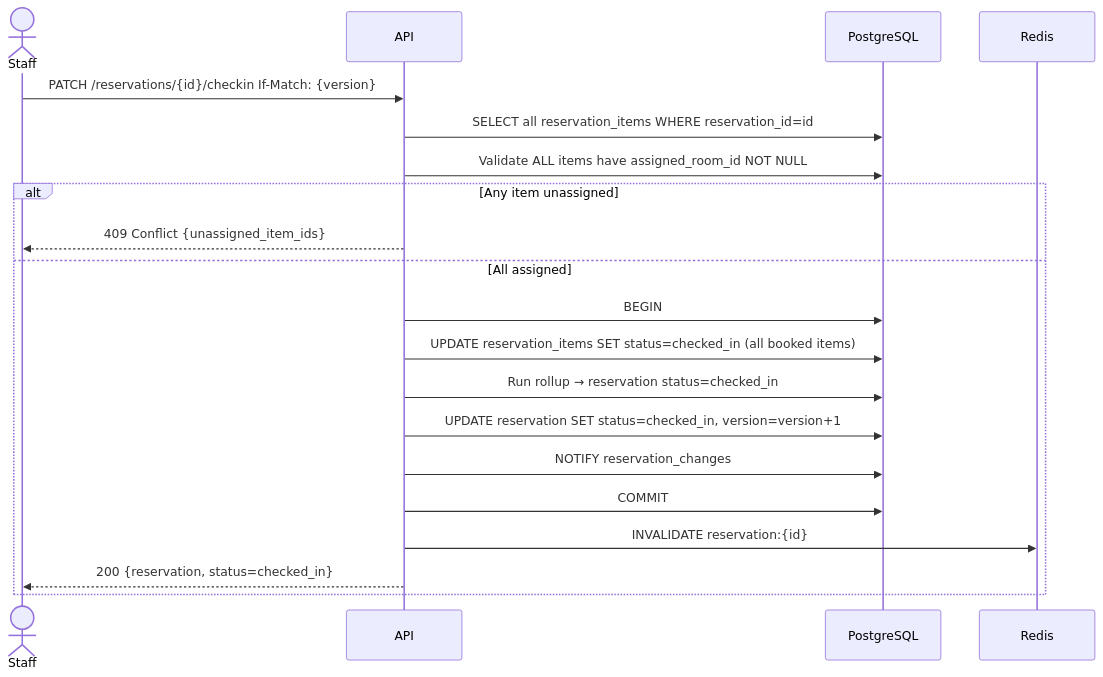
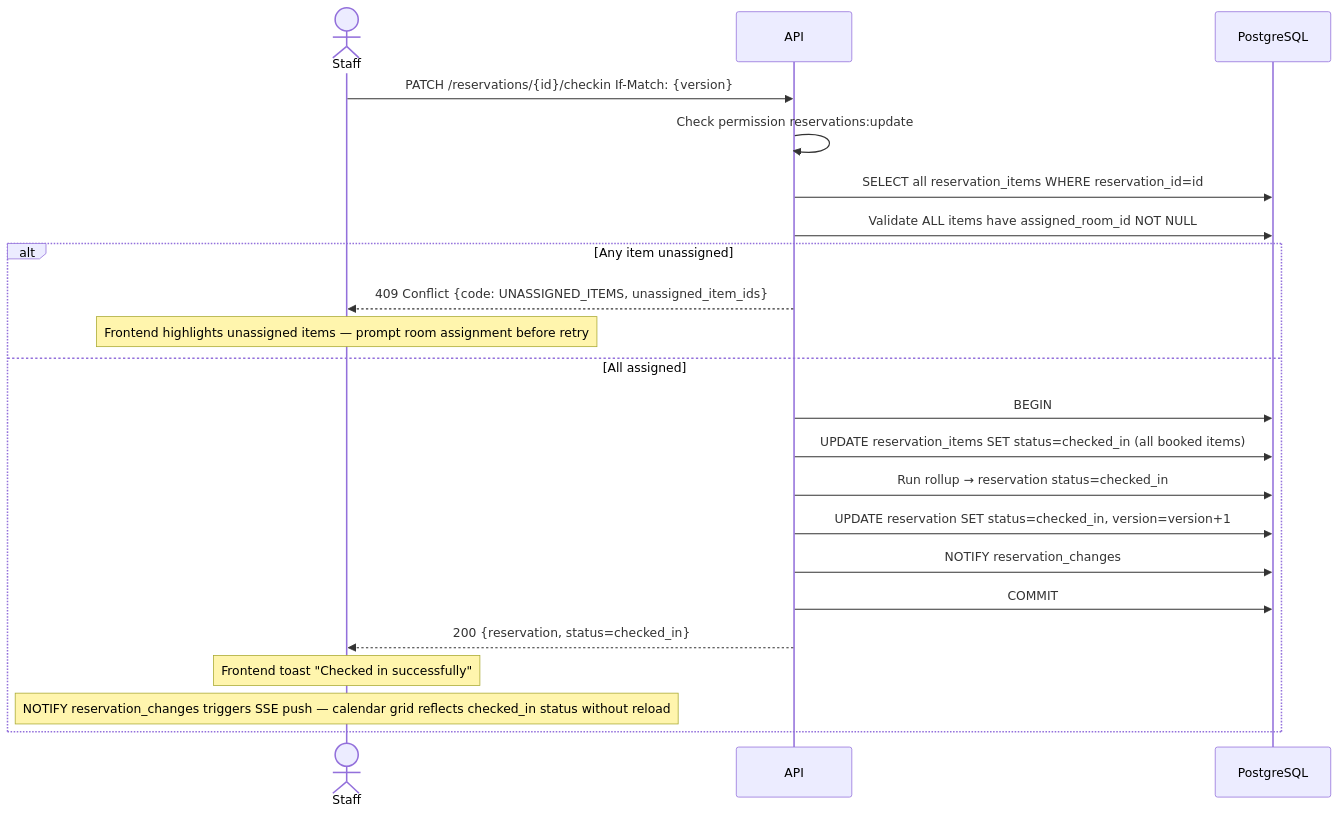
Before and after one commit to mallytj/yop-pms: diagram 15 of 33 in docs/flows/reservations.md, drawn with Mermaid. The commit also changed other lines of this file, not shown here.

Commit message:
docs(reservations): update the flows post review

````diff
--- a/docs/flows/reservations.md
+++ b/docs/flows/reservations.md
@@ -627,23 +762,25 @@
 ```mermaid
 sequenceDiagram
     actor Staff
     participant API
     participant DB as PostgreSQL
-    participant Redis
 
     Staff->>API: PATCH /reservations/{id}/checkin If-Match: {version}
+    API->>API: Check permission reservations:update
     API->>DB: SELECT all reservation_items WHERE reservation_id=id
     API->>DB: Validate ALL items have assigned_room_id NOT NULL
     alt Any item unassigned
-        API-->>Staff: 409 Conflict {unassigned_item_ids}
+        API-->>Staff: 409 Conflict {code: UNASSIGNED_ITEMS, unassigned_item_ids}
+        Note over Staff: Frontend highlights unassigned items — prompt room assignment before retry
     else All assigned
         API->>DB: BEGIN
         API->>DB: UPDATE reservation_items SET status=checked_in (all booked items)
         API->>DB: Run rollup → reservation status=checked_in
         API->>DB: UPDATE reservation SET status=checked_in, version=version+1
         API->>DB: NOTIFY reservation_changes
         API->>DB: COMMIT
-        API->>Redis: INVALIDATE reservation:{id}
         API-->>Staff: 200 {reservation, status=checked_in}
+        Note over Staff: Frontend toast "Checked in successfully"
+        Note over Staff: NOTIFY reservation_changes triggers SSE push — calendar grid reflects checked_in status without reload
     end
 ```
````
